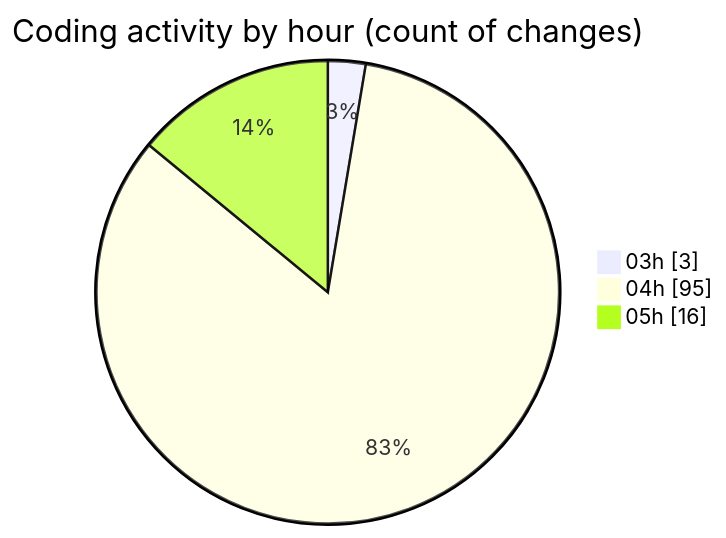
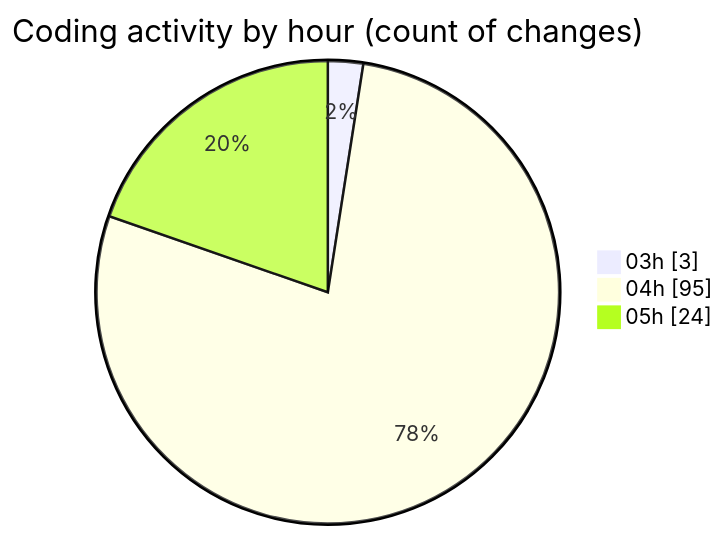
One commit to ernivani/code-tracking changed the second of 2 diagrams in 2025-01-03/tinycms/README.md. Above: the diagram before and after it, drawn with Mermaid. The commit also changed other lines of this file and 2 other files, not shown here.

````diff
--- a/2025-01-03/tinycms/README.md
+++ b/2025-01-03/tinycms/README.md
@@ -54,7 +54,7 @@
 ```mermaid
 pie showData
 title Coding activity by hour (count of changes)
 "03h" : 3
 "04h" : 95
-"05h" : 16
+"05h" : 24
 ```
````
